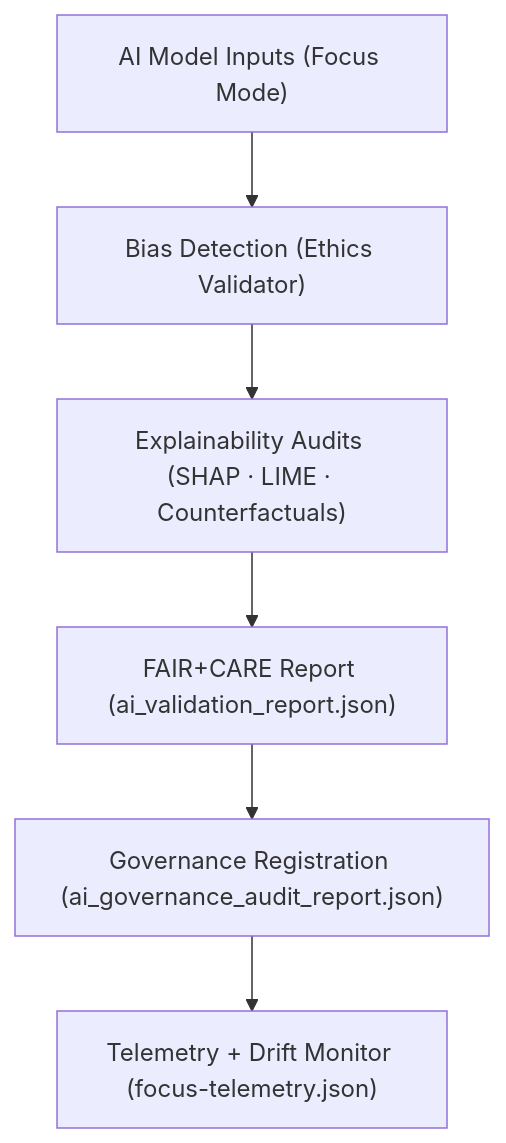
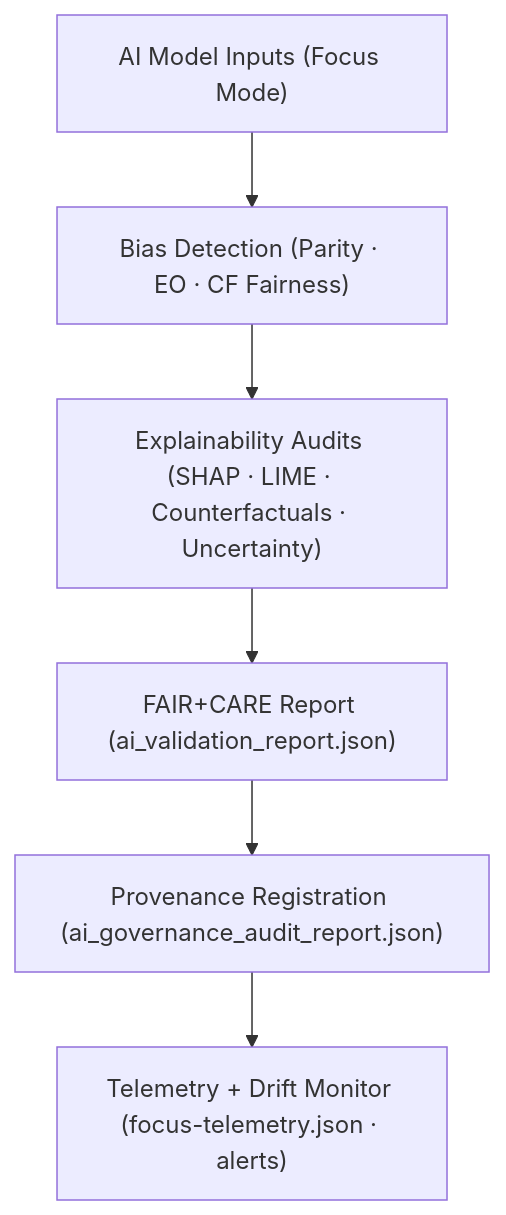
The third of 7 diagrams in docs/architecture/data-flow-diagrams.md (bartytime4life/Kansas-Frontier-Matrix), drawn with Mermaid before and after one commit. The commit also changed other lines of this file, not shown here.

First line of the commit message:
Upgrade data flow diagrams to version 10.2.3

````diff
--- a/docs/architecture/data-flow-diagrams.md
+++ b/docs/architecture/data-flow-diagrams.md
@@ -92,8 +97,8 @@
 ```mermaid
 flowchart TD
-    A["AI Model Inputs (Focus Mode)"] --> B["Bias Detection (Ethics Validator)"]
-    B --> C["Explainability Audits (SHAP · LIME · Counterfactuals)"]
+    A["AI Model Inputs (Focus Mode)"] --> B["Bias Detection (Parity · EO · CF Fairness)"]
+    B --> C["Explainability Audits (SHAP · LIME · Counterfactuals · Uncertainty)"]
     C --> D["FAIR+CARE Report (ai_validation_report.json)"]
-    D --> E["Governance Registration (ai_governance_audit_report.json)"]
-    E --> F["Telemetry + Drift Monitor (focus-telemetry.json)"]
+    D --> E["Provenance Registration (ai_governance_audit_report.json)"]
+    E --> F["Telemetry + Drift Monitor (focus-telemetry.json · alerts)"]
 ```
````
